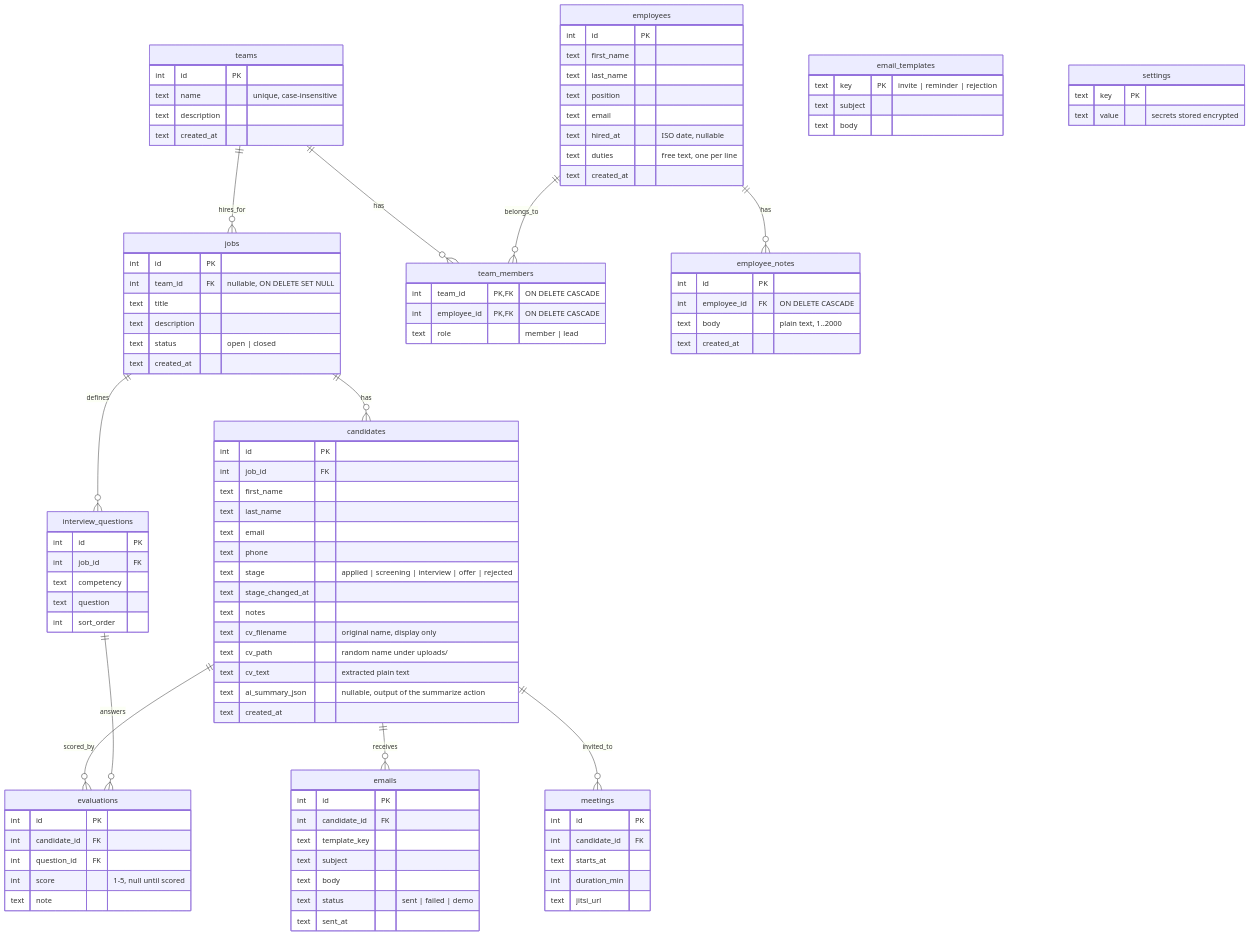
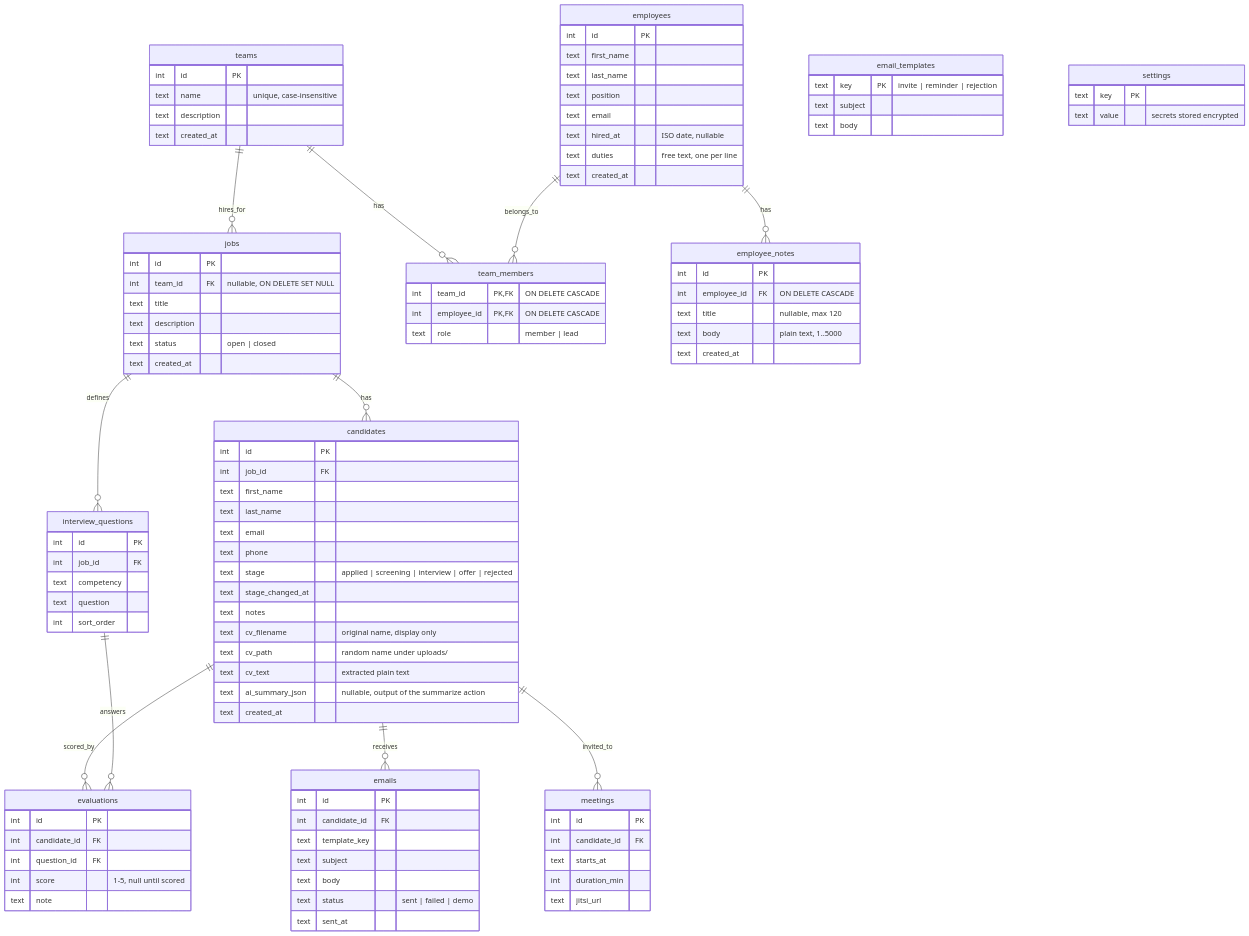
The second of 4 diagrams in docs/ARCHITECTURE.md (pawelrozanski/HRmit), drawn with Mermaid before and after one commit. The commit also changed other lines of this file and 3 other files, not shown here.

```diff
--- a/docs/ARCHITECTURE.md
+++ b/docs/ARCHITECTURE.md
@@ -116,7 +116,8 @@
   employee_notes {
     int id PK
     int employee_id FK "ON DELETE CASCADE"
-    text body "plain text, 1..2000"
+    text title "nullable, max 120"
+    text body "plain text, 1..5000"
     text created_at
   }
   candidates {
```
